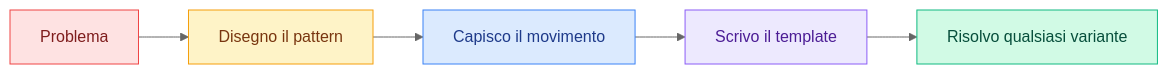
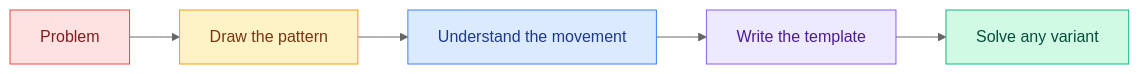
The second of 2 diagrams in README.md (sombreror/algorithms), drawn with Mermaid (neutral theme) before and after one commit. The commit also changed other lines of this file and 1 other file, not shown here.

````diff
--- a/README.md
+++ b/README.md
@@ -84,13 +87,13 @@
 ```mermaid
 graph LR
-    A["Problema"] --> B["Disegno il pattern"]
-    B --> C["Capisco il movimento"]
-    C --> D["Scrivo il template"]
-    D --> E["Risolvo qualsiasi variante"]
+    A["Problem"] --> B["Draw the pattern"]
+    B --> C["Understand the movement"]
+    C --> D["Write the template"]
+    D --> E["Solve any variant"]
 
     style A fill:#FEE2E2,stroke:#EF4444,color:#7F1D1D
     style B fill:#FEF3C7,stroke:#F59E0B,color:#78350F
     style C fill:#DBEAFE,stroke:#3B82F6,color:#1E3A8A
     style D fill:#EDE9FE,stroke:#8B5CF6,color:#4C1D95
     style E fill:#D1FAE5,stroke:#10B981,color:#064E3B
 ```
````
